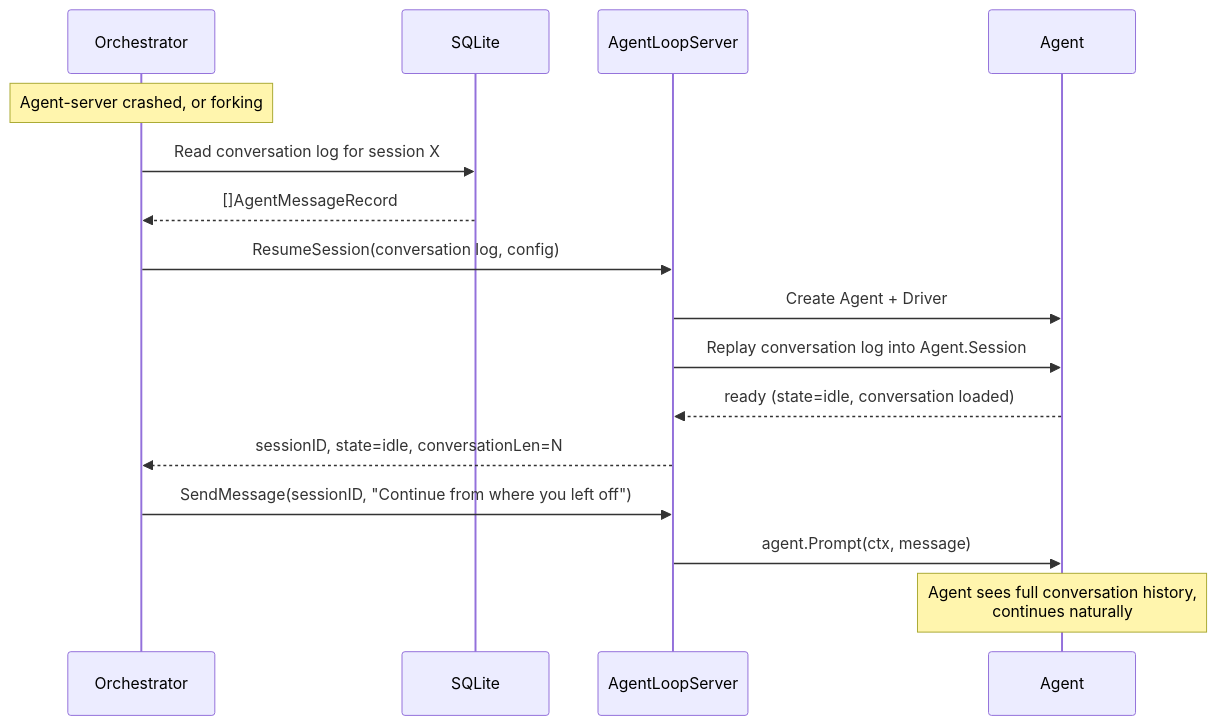
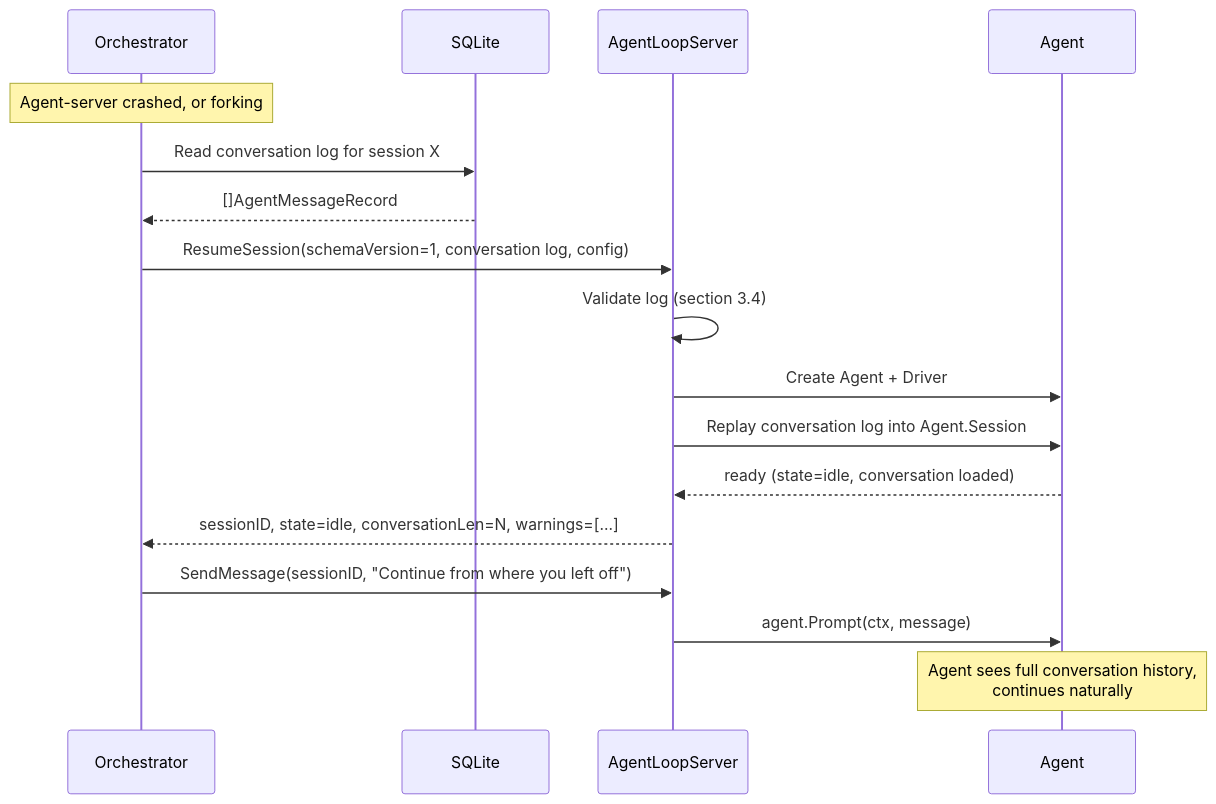
The sixth of 8 diagrams in docs/plans/18-agent-loop-rpc.md (dcosson/flex-agent-runtime), drawn with Mermaid before and after one commit. The commit also changed other lines of this file and 1 other file, not shown here.

````diff
--- a/docs/plans/18-agent-loop-rpc.md
+++ b/docs/plans/18-agent-loop-rpc.md
@@ -625,21 +901,22 @@
 ```mermaid
 sequenceDiagram
     participant O as Orchestrator
     participant DB as SQLite
     participant AS as AgentLoopServer
     participant A as Agent
 
     Note over O: Agent-server crashed, or forking
     O->>DB: Read conversation log for session X
     DB-->>O: []AgentMessageRecord
 
-    O->>AS: ResumeSession(conversation log, config)
+    O->>AS: ResumeSession(schemaVersion=1, conversation log, config)
+    AS->>AS: Validate log (section 3.4)
     AS->>A: Create Agent + Driver
     AS->>A: Replay conversation log into Agent.Session
     A-->>AS: ready (state=idle, conversation loaded)
-    AS-->>O: sessionID, state=idle, conversationLen=N
+    AS-->>O: sessionID, state=idle, conversationLen=N, warnings=[...]
 
     O->>AS: SendMessage(sessionID, "Continue from where you left off")
     AS->>A: agent.Prompt(ctx, message)
     Note over A: Agent sees full conversation history,<br/>continues naturally
 ```
````
